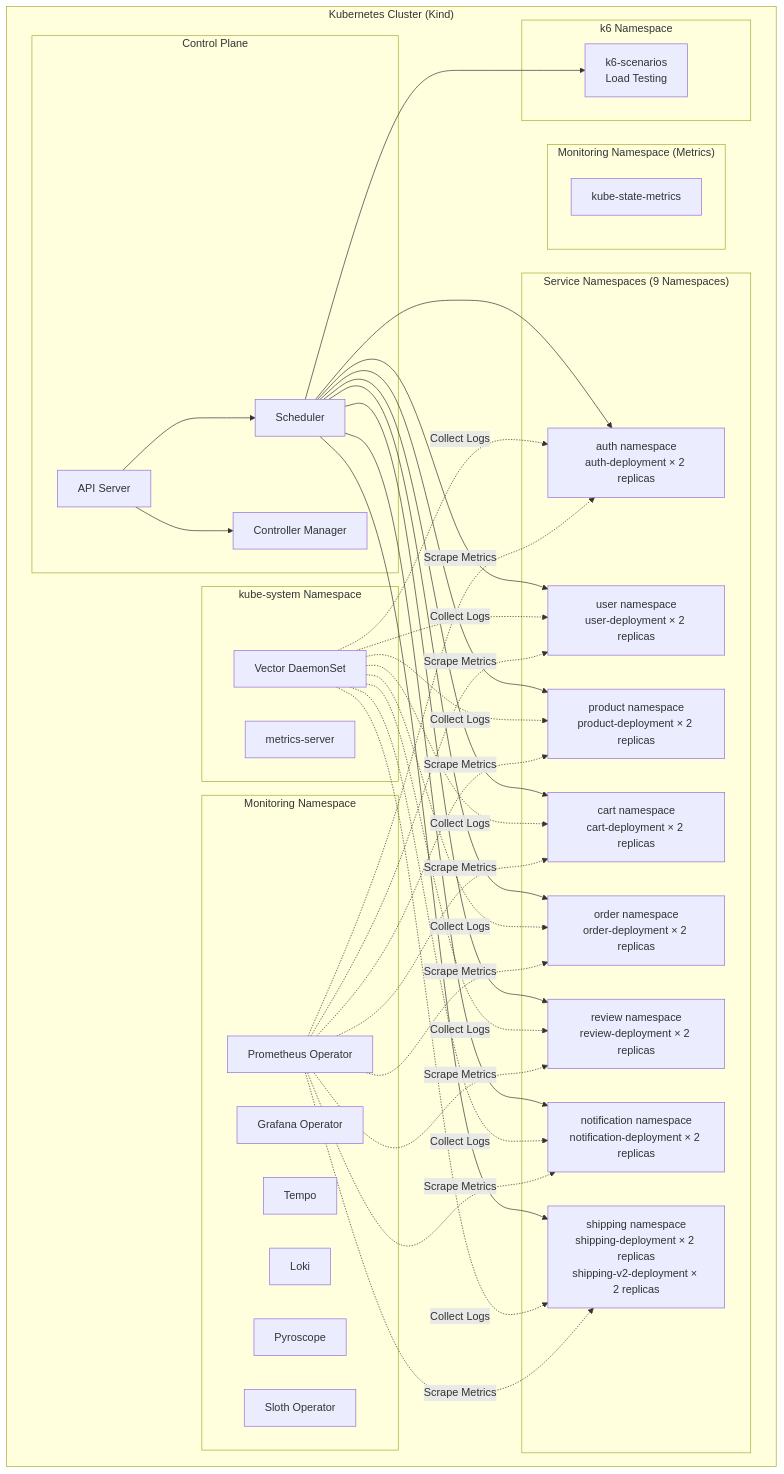
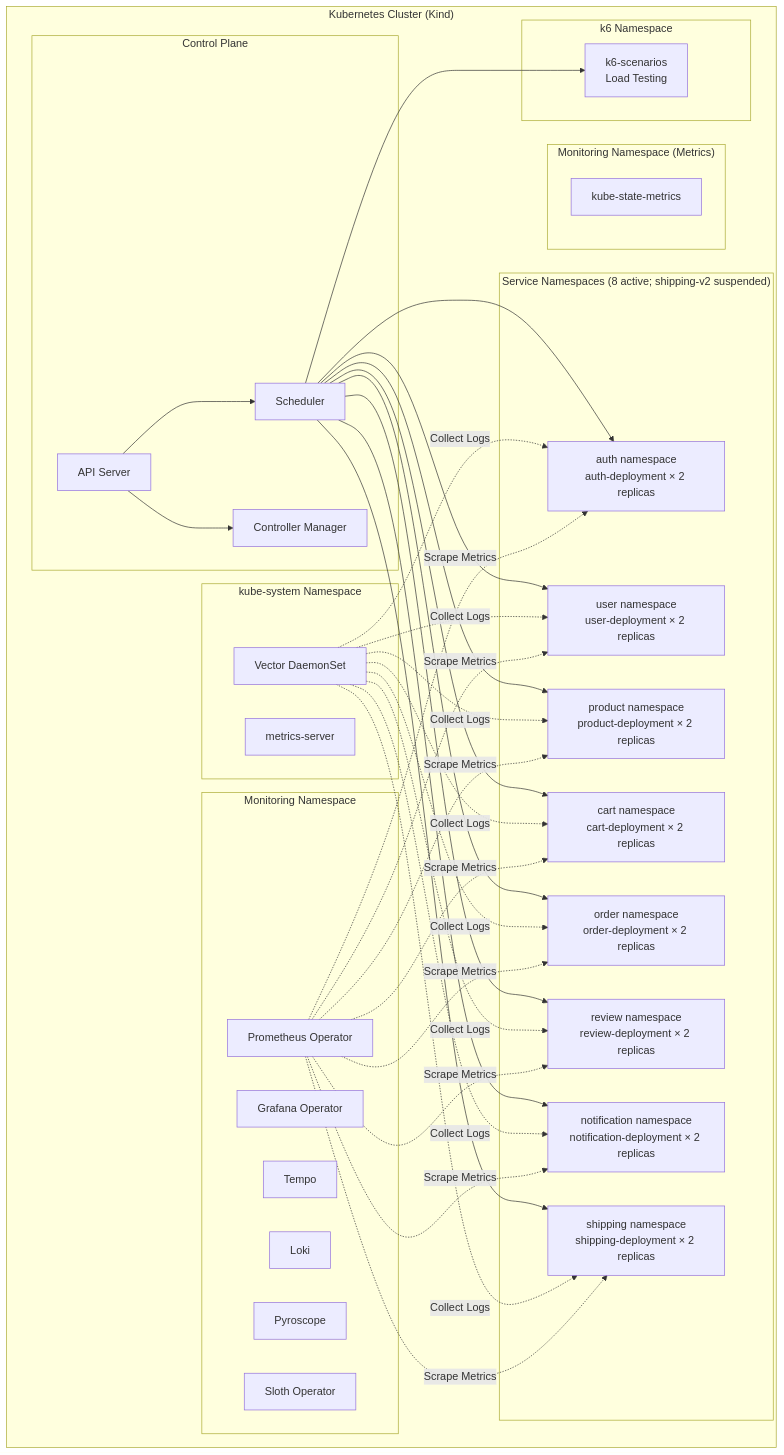
Before and after one commit to duynhlab/homelab: the second of 5 diagrams in specs/system-context/01-architecture-overview.md, drawn with Mermaid. The commit also changed other lines of this file and 57 other files, not shown here.

Commit message:
Remove shipping-v2 service and related references docs

````diff
--- a/specs/system-context/01-architecture-overview.md
+++ b/specs/system-context/01-architecture-overview.md
@@ -111,73 +111,73 @@
 ```mermaid
 flowchart TD
     subgraph "Kubernetes Cluster (Kind)"
         subgraph "Control Plane"
             APIServer[API Server]
             Scheduler[Scheduler]
             ControllerManager[Controller Manager]
         end
 
         subgraph "Monitoring Namespace"
             Prometheus[Prometheus Operator]
             GrafanaOp[Grafana Operator]
             Tempo[Tempo]
             Loki[Loki]
             Pyroscope[Pyroscope]
             Sloth[Sloth Operator]
         end
 
         subgraph "kube-system Namespace"
             Vector[Vector DaemonSet]
             MetricsServer[metrics-server]
         end
 
         subgraph "Monitoring Namespace (Metrics)"
             KubeStateMetrics[kube-state-metrics]
         end
 
-        subgraph "Service Namespaces (9 Namespaces)"
+        subgraph "Service Namespaces (8 active; shipping-v2 suspended)"
             NSAuth[auth namespace<br/>auth-deployment × 2 replicas]
             NSUser[user namespace<br/>user-deployment × 2 replicas]
             NSProduct[product namespace<br/>product-deployment × 2 replicas]
             NSCart[cart namespace<br/>cart-deployment × 2 replicas]
             NSOrder[order namespace<br/>order-deployment × 2 replicas]
             NSReview[review namespace<br/>review-deployment × 2 replicas]
             NSNotification[notification namespace<br/>notification-deployment × 2 replicas]
-            NSShipping[shipping namespace<br/>shipping-deployment × 2 replicas<br/>shipping-v2-deployment × 2 replicas]
+            NSShipping[shipping namespace<br/>shipping-deployment × 2 replicas]
         end
 
         subgraph "k6 Namespace"
             K6Scenarios[k6-scenarios<br/>Load Testing]
         end
 
         APIServer --> Scheduler
         APIServer --> ControllerManager
         Scheduler --> NSAuth
         Scheduler --> NSUser
         Scheduler --> NSProduct
         Scheduler --> NSCart
         Scheduler --> NSOrder
         Scheduler --> NSReview
         Scheduler --> NSNotification
         Scheduler --> NSShipping
         Scheduler --> K6Scenarios
 
         Vector -.->|Collect Logs| NSAuth
         Vector -.->|Collect Logs| NSUser
         Vector -.->|Collect Logs| NSProduct
         Vector -.->|Collect Logs| NSCart
         Vector -.->|Collect Logs| NSOrder
         Vector -.->|Collect Logs| NSReview
         Vector -.->|Collect Logs| NSNotification
         Vector -.->|Collect Logs| NSShipping
 
         Prometheus -.->|Scrape Metrics| NSAuth
         Prometheus -.->|Scrape Metrics| NSUser
         Prometheus -.->|Scrape Metrics| NSProduct
         Prometheus -.->|Scrape Metrics| NSCart
         Prometheus -.->|Scrape Metrics| NSOrder
         Prometheus -.->|Scrape Metrics| NSReview
         Prometheus -.->|Scrape Metrics| NSNotification
         Prometheus -.->|Scrape Metrics| NSShipping
     end
 ```
````
